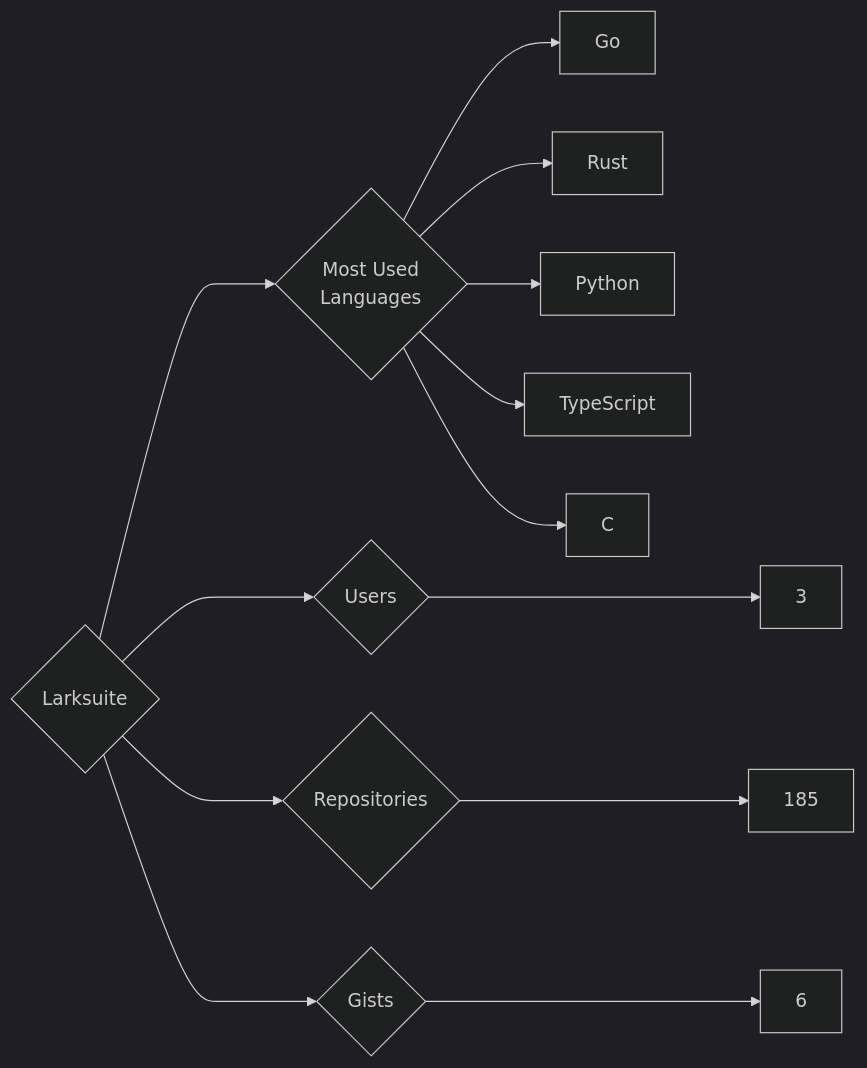
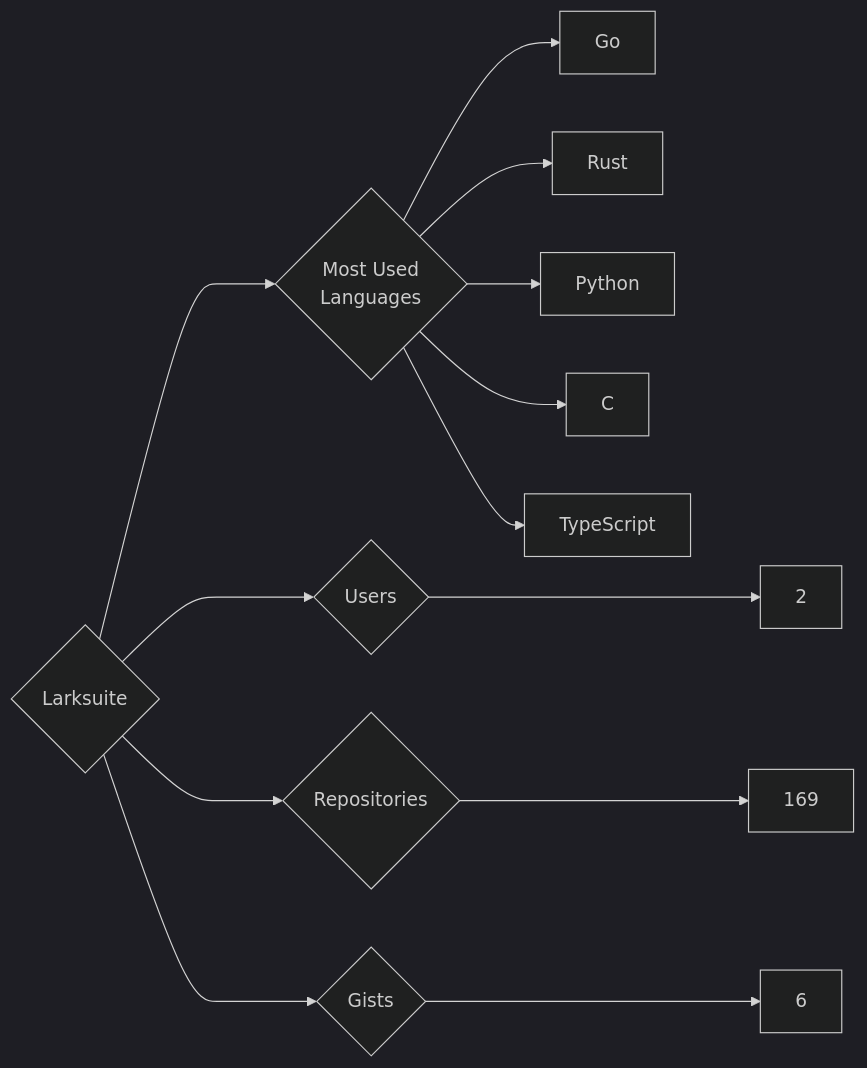
The diagram in targets/Larksuite/README.md (trickest/insiders), drawn with Mermaid (dark theme) before and after one commit. The commit also changed 594 other files, not shown here.

````diff
--- a/targets/Larksuite/README.md
+++ b/targets/Larksuite/README.md
@@ -3,13 +3,13 @@
 ```mermaid
 graph LR
 COMPANY_NAME{Larksuite}
-COMPANY_NAME ---> U{Users} ---> UN[3]
-COMPANY_NAME ---> R{Repositories} ---> RN[185]
+COMPANY_NAME ---> U{Users} ---> UN[2]
+COMPANY_NAME ---> R{Repositories} ---> RN[169]
 COMPANY_NAME ---> G{Gists} ---> GN[6]
 COMPANY_NAME ---> ML{Most Used<br>Languages}
 ML --> Go[Go]
 ML --> Rust[Rust]
 ML --> Python[Python]
+ML --> C[C]
 ML --> TypeScript[TypeScript]
-ML --> C[C]
 ```
````
